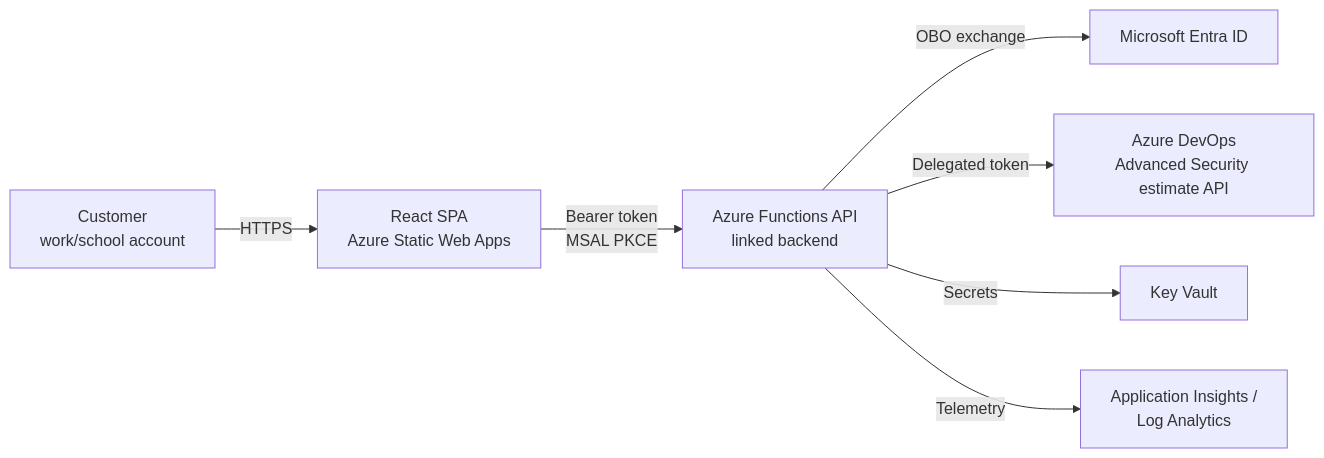
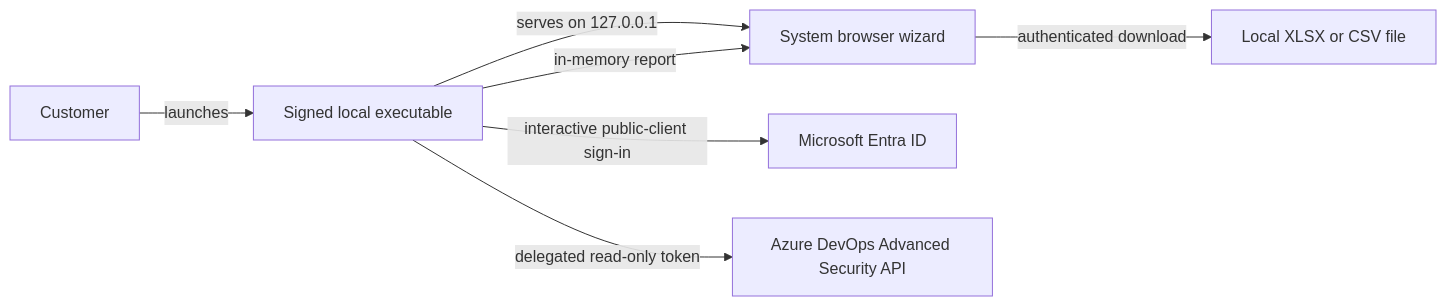
The first of 2 diagrams in docs/ARCHITECTURE.md (ninjapaw/committer-insights), drawn with Mermaid before and after one commit. The commit also changed other lines of this file and 85 other files, not shown here.

Commit message:
feat: convert portal to local executable

````diff
--- a/docs/ARCHITECTURE.md
+++ b/docs/ARCHITECTURE.md
@@ -5,9 +5,9 @@
 ```mermaid
 flowchart LR
-  customer[Customer\nwork/school account] -->|HTTPS| spa[React SPA\nAzure Static Web Apps]
-  spa -->|Bearer token\nMSAL PKCE| api[Azure Functions API\nlinked backend]
-  api -->|OBO exchange| entra[Microsoft Entra ID]
-  api -->|Delegated token| ado[Azure DevOps\nAdvanced Security estimate API]
-  api -->|Secrets| kv[Key Vault]
-  api -->|Telemetry| ai[Application Insights /\nLog Analytics]
+  U[Customer] -->|launches| E[Signed local executable]
+  E -->|serves on 127.0.0.1| B[System browser wizard]
+  E -->|interactive public-client sign-in| M[Microsoft Entra ID]
+  E -->|delegated read-only token| A[Azure DevOps Advanced Security API]
+  E -->|in-memory report| B
+  B -->|authenticated download| X[Local XLSX or CSV file]
 ```
````
